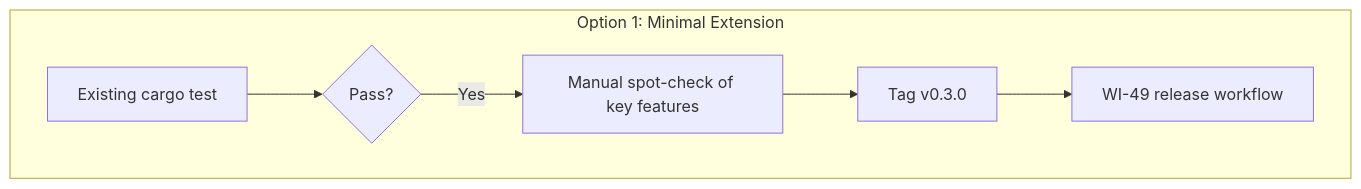
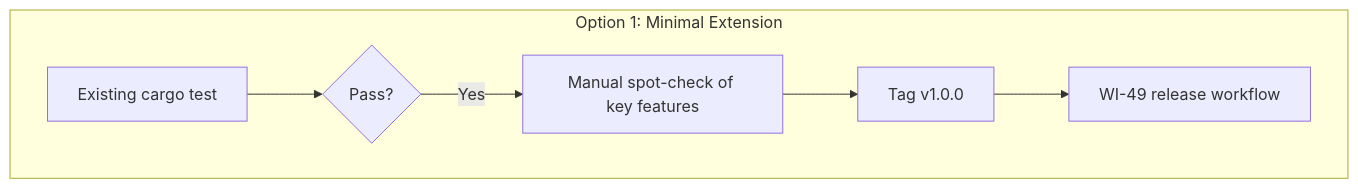
Before and after one commit to policy-forge/forge: the second of 7 diagrams in docs/AR/050-ar-phase3-release.md, drawn with Mermaid. The commit also changed other lines of this file and 9 other files, not shown here.

````diff
--- a/docs/AR/050-ar-phase3-release.md
+++ b/docs/AR/050-ar-phase3-release.md
@@ -157,9 +157,9 @@
 ```mermaid
 graph TD
     subgraph "Option 1: Minimal Extension"
         Tests["Existing cargo test"] --> Pass{Pass?}
         Pass -->|Yes| Manual["Manual spot-check of key features"]
-        Manual --> Tag["Tag v0.3.0"]
+        Manual --> Tag["Tag v1.0.0"]
         Tag --> Release["WI-49 release workflow"]
     end
 ```
````
